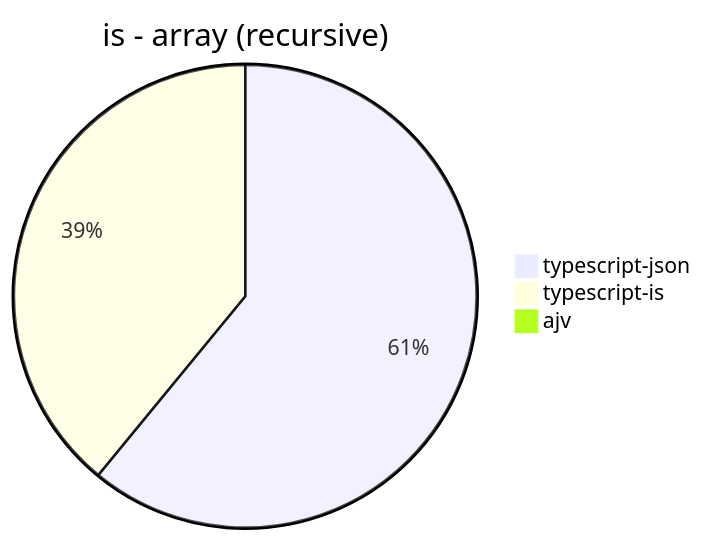
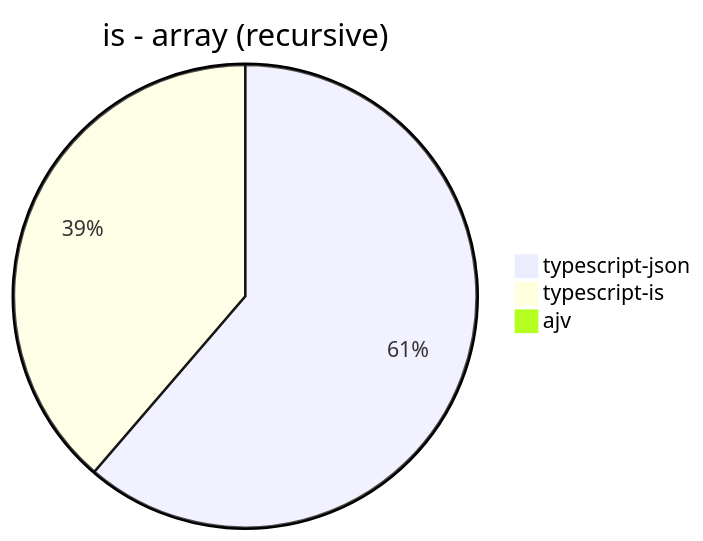
Before and after one commit to samchon/typia: diagram 11 of 30 in benchmark/results/AMD Ryzen 7 5800H with Radeon Graphics         .md, drawn with Mermaid. The commit also changed other lines of this file, not shown here.

````diff
--- a/benchmark/results/AMD Ryzen 7 5800H with Radeon Graphics         .md
+++ b/benchmark/results/AMD Ryzen 7 5800H with Radeon Graphics         .md
@@ -108,6 +108,6 @@
 ```mermaid
 pie title is - array (recursive)
-  "typescript-json": 6483.693660681568
-  "typescript-is": 4154.285714285715
+  "typescript-json": 6745.682603163061
+  "typescript-is": 4257.938718662953
   "ajv": 0
 ```
````
